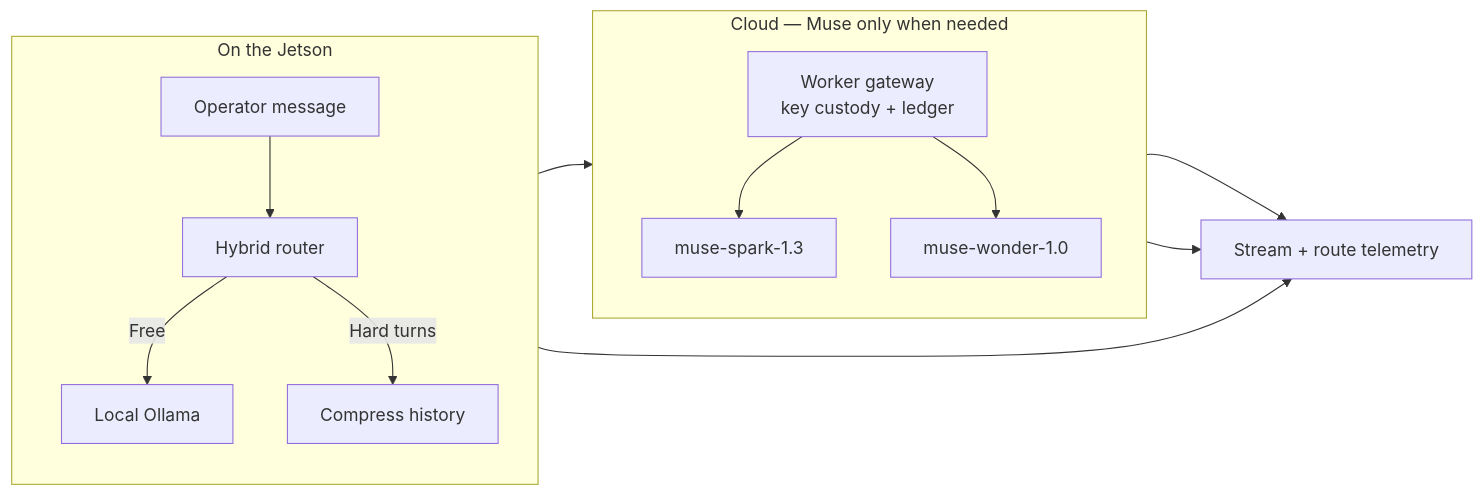
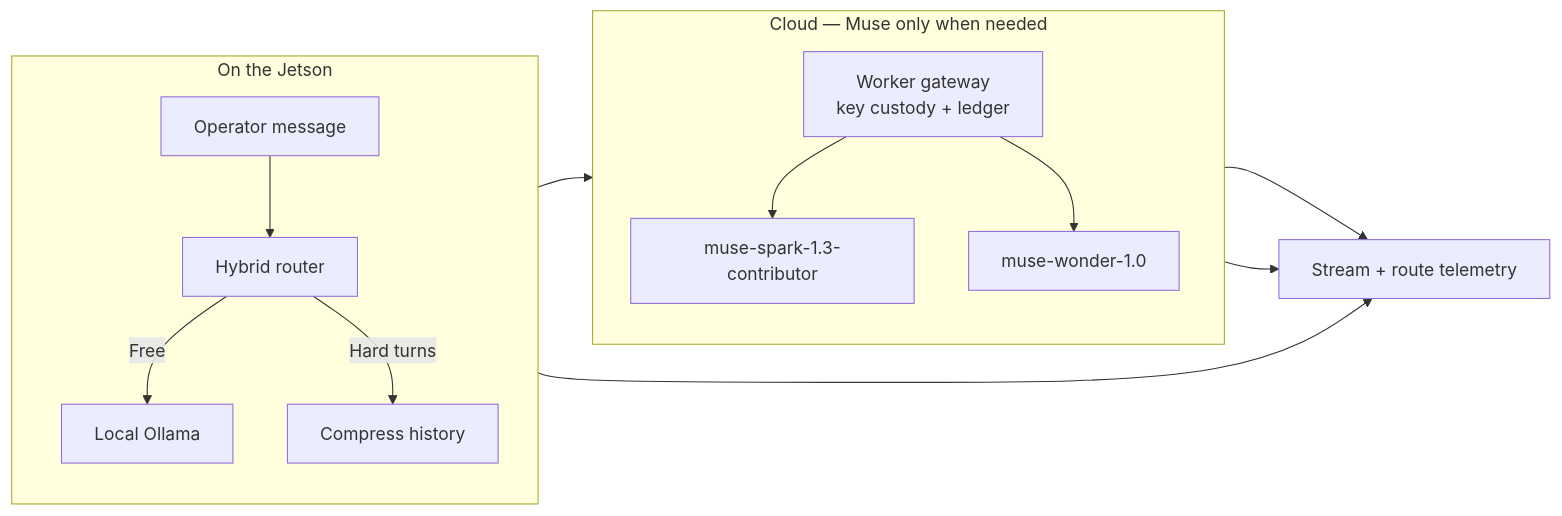
The first of 2 diagrams in README.md (altaga/MetaDesk), drawn with Mermaid before and after one commit. The commit also changed other lines of this file and 8 other files, not shown here.

First line of the commit message:
Remap Muse ladder to Spark contributor, Spark, and Wonder.

````diff
--- a/README.md
+++ b/README.md
@@ -64,18 +64,18 @@
 ```mermaid
 flowchart LR
   subgraph OnBoard["On the Jetson"]
     direction TB
     Msg["Operator message"] --> Router["Hybrid router"]
     Router -->|Free| Local["Local Ollama"]
     Router -->|Hard turns| Compress["Compress history"]
   end
   subgraph Cloud["Cloud — Muse only when needed"]
     direction TB
     Compress --> Gateway["Worker gateway<br/>key custody + ledger"]
-    Gateway --> Spark["muse-spark-1.3"]
+    Gateway --> Spark["muse-spark-1.3-contributor"]
     Gateway --> Wonder["muse-wonder-1.0"]
   end
   Local --> Out["Stream + route telemetry"]
   Spark --> Out
   Wonder --> Out
 ```
````
